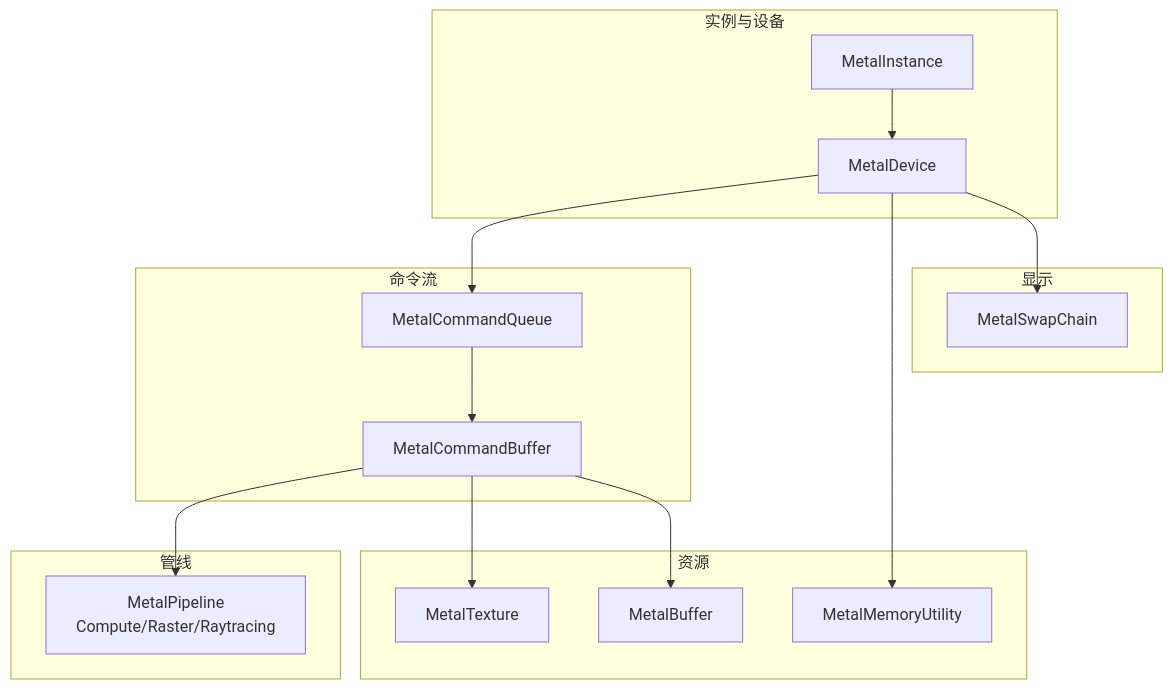
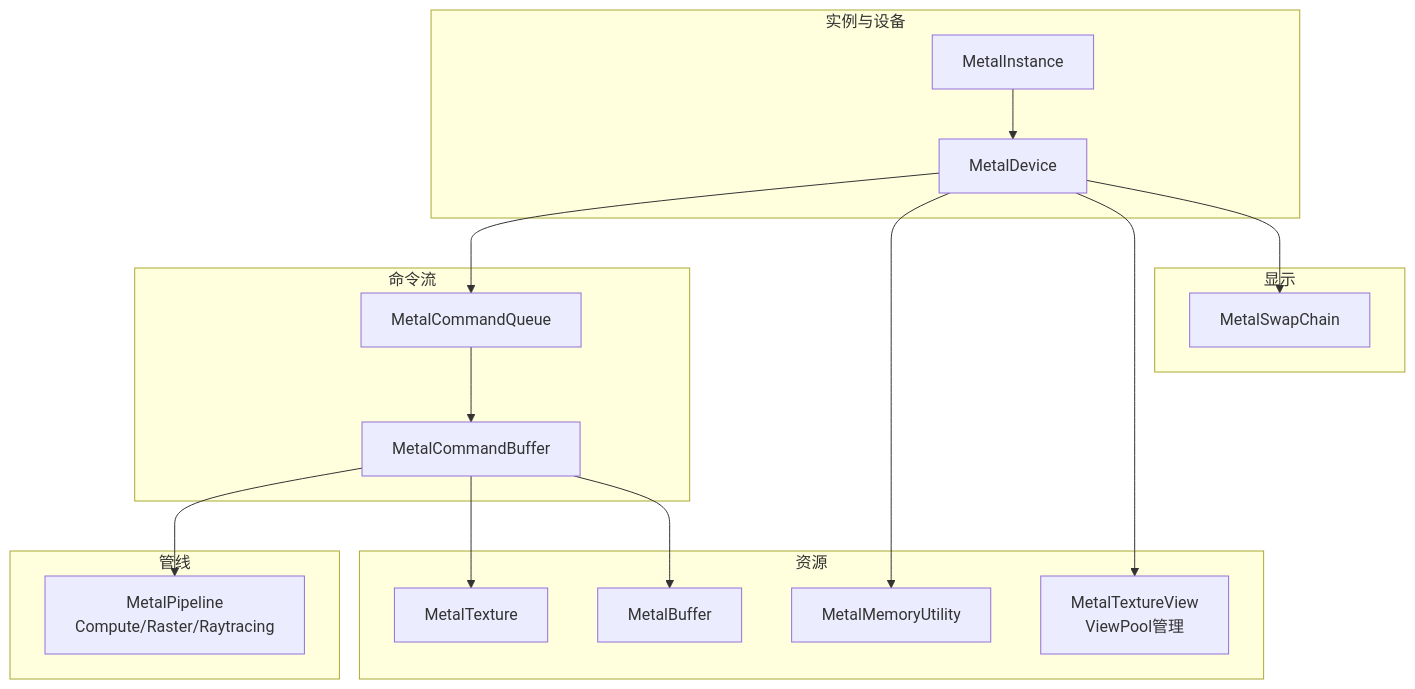
One commit to haolange/SharpGPU changed the first of 9 diagrams in .qoder/repowiki/zh/content/后端实现/Metal 后端.md. Above: the diagram before and after it, drawn with Mermaid. The commit also changed other lines of this file and 4 other files, not shown here.

````diff
--- a/.qoder/repowiki/zh/content/后端实现/Metal 后端.md
+++ b/.qoder/repowiki/zh/content/后端实现/Metal 后端.md
@@ -46,30 +56,32 @@
 ```mermaid
 graph TB
 subgraph "实例与设备"
 MI["MetalInstance"]
 MD["MetalDevice"]
 end
 subgraph "命令流"
 MQ["MetalCommandQueue"]
 MB["MetalCommandBuffer"]
 end
 subgraph "管线"
 MP["MetalPipeline<br/>Compute/Raster/Raytracing"]
 end
 subgraph "资源"
 MT["MetalTexture"]
 MBuf["MetalBuffer"]
 MM["MetalMemoryUtility"]
+MTP["MetalTextureView<br/>ViewPool管理"]
 end
 subgraph "显示"
 MSC["MetalSwapChain"]
 end
 MI --> MD
 MD --> MQ
 MQ --> MB
 MB --> MP
 MB --> MT
 MB --> MBuf
 MD --> MM
+MD --> MTP
 MD --> MSC
 ```
````
